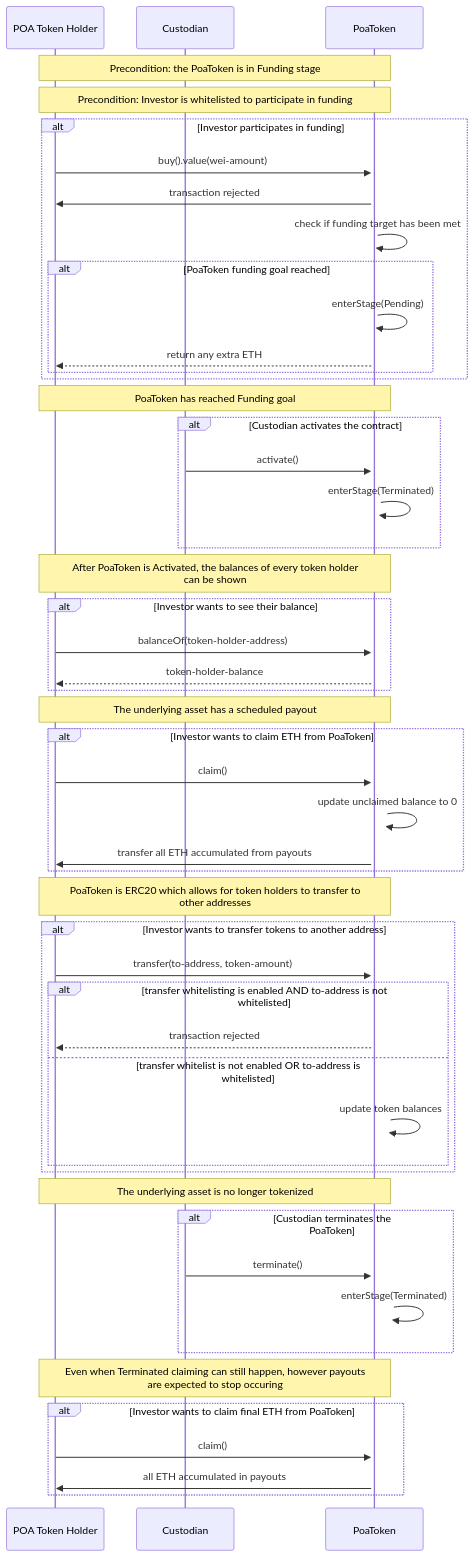
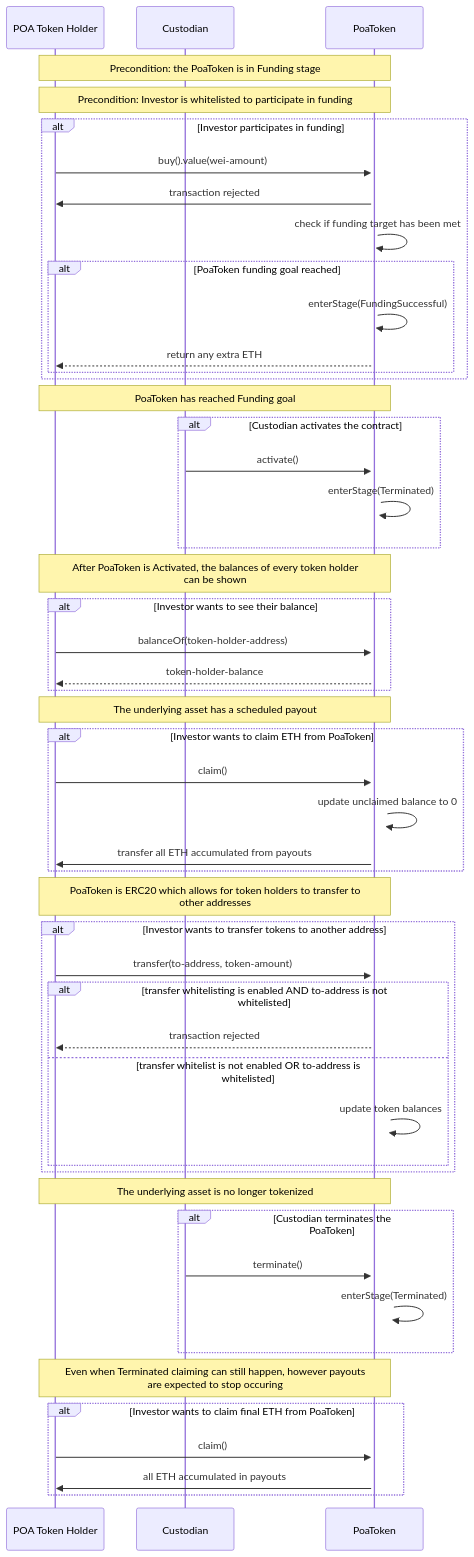
Before and after one commit to brickblock-io/smart-contracts: the diagram in sequence-diagrams/POA-Investor-interaction.mmd, drawn with Mermaid. The commit also changed 16 other files, not shown here.

Commit message:
chore(POA): Renamed stages “Pending” => “FundingSuccessful” and “Failed” to “TimedOut”

```diff
--- a/sequence-diagrams/POA-Investor-interaction.mmd
+++ b/sequence-diagrams/POA-Investor-interaction.mmd
@@ -1,66 +1,66 @@
 sequenceDiagram
   participant Investor as POA Token Holder
   participant Custodian
   participant POA as PoaToken
 
   Note over Investor,POA: Precondition: the PoaToken is in Funding stage
   Note over Investor,POA: Precondition: Investor is whitelisted to participate in funding
 
   alt Investor participates in funding
     Investor->>+POA: buy().value(wei-amount)
     POA->>Investor: transaction rejected
     POA->>POA: check if funding target has been met
 
     alt PoaToken funding goal reached
-      POA->>POA: enterStage(Pending)
+      POA->>POA: enterStage(FundingSuccessful)
       POA-->>Investor: return any extra ETH
     end
   end
 
   Note over Investor,POA: PoaToken has reached Funding goal
 
   alt Custodian activates the contract
     Custodian->>+POA: activate()
     POA->>POA: enterStage(Terminated)
   end
 
   note over Investor,POA: After PoaToken is Activated, the balances of every token holder<br/>can be shown
 
   alt Investor wants to see their balance
     Investor->>+POA: balanceOf(token-holder-address)
     POA-->>Investor: token-holder-balance
   end
 
   Note over Investor,POA: The underlying asset has a scheduled payout
 
   alt Investor wants to claim ETH from PoaToken
     Investor->>+POA: claim()
     POA->>POA: update unclaimed balance to 0
     POA->>Investor: transfer all ETH accumulated from payouts
   end
 
   note over Investor,POA: PoaToken is ERC20 which allows for token holders to transfer to<br/>other addresses
 
   alt Investor wants to transfer tokens to another address
     Investor->>+POA: transfer(to-address, token-amount)
 
     alt transfer whitelisting is enabled AND to-address is not whitelisted
       POA-->>Investor: transaction rejected
     else transfer whitelist is not enabled OR to-address is whitelisted
       POA->>POA: update token balances
     end
   end
 
   Note over Investor,POA: The underlying asset is no longer tokenized
 
   alt Custodian terminates the PoaToken
     Custodian->>+POA: terminate()
     POA->>POA: enterStage(Terminated)
   end
 
   Note over Investor,POA: Even when Terminated claiming can still happen, however payouts<br/>are expected to stop occuring
 
   alt Investor wants to claim final ETH from PoaToken
     Investor->>+POA: claim()
     POA->>Investor: all ETH accumulated in payouts
   end
```
